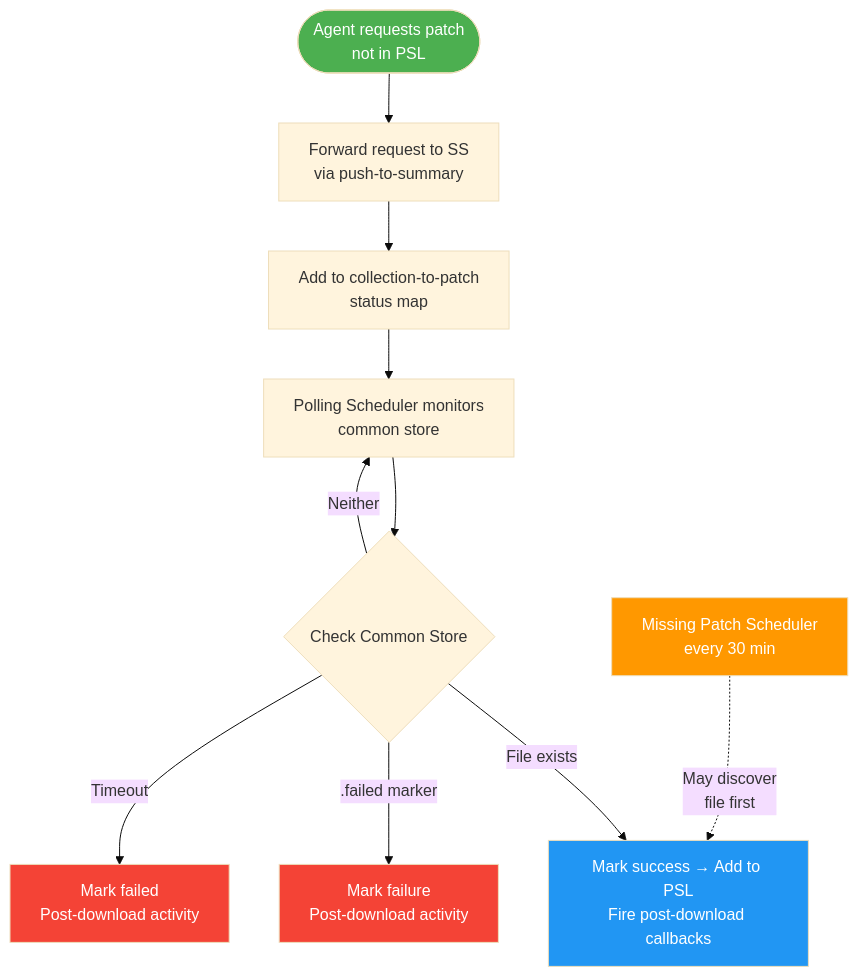
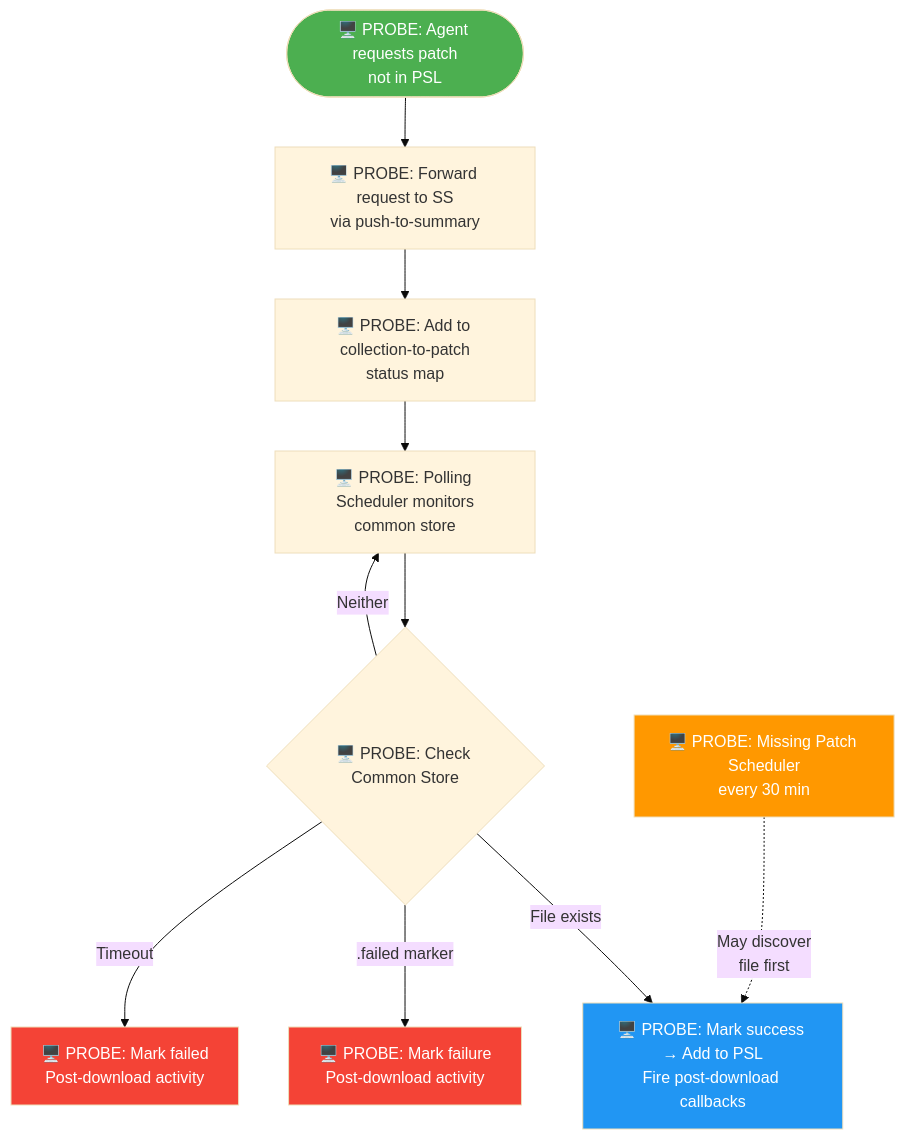
One commit to ranjithkumar-a-23525/RebaseEx changed the second of 29 diagrams in use-case-diagrams.md. Above: the diagram before and after it, drawn with Mermaid (base theme). The commit also changed other lines of this file, not shown here.

````diff
--- a/use-case-diagrams.md
+++ b/use-case-diagrams.md
@@ -38,19 +38,19 @@
 ```mermaid
 flowchart TD
-    A([Agent requests patch<br/>not in PSL]) --> B[Forward request to SS<br/>via push-to-summary]
-    B --> C[Add to collection-to-patch<br/>status map]
-    C --> D[Polling Scheduler monitors<br/>common store]
-    D --> E{Check Common Store}
-    E -->|File exists| F[Mark success → Add to PSL<br/>Fire post-download callbacks]
-    E -->|.failed marker| G[Mark failure<br/>Post-download activity]
-    E -->|Timeout| H[Mark failed<br/>Post-download activity]
+    A(["🖥️ PROBE: Agent requests patch<br/>not in PSL"]) --> B["🖥️ PROBE: Forward request to SS<br/>via push-to-summary"]
+    B --> C["🖥️ PROBE: Add to collection-to-patch<br/>status map"]
+    C --> D["🖥️ PROBE: Polling Scheduler monitors<br/>common store"]
+    D --> E{"🖥️ PROBE: Check Common Store"}
+    E -->|File exists| F["🖥️ PROBE: Mark success → Add to PSL<br/>Fire post-download callbacks"]
+    E -->|.failed marker| G["🖥️ PROBE: Mark failure<br/>Post-download activity"]
+    E -->|Timeout| H["🖥️ PROBE: Mark failed<br/>Post-download activity"]
     E -->|Neither| D
 
-    I[Missing Patch Scheduler<br/>every 30 min] -.->|May discover<br/>file first| F
+    I["🖥️ PROBE: Missing Patch Scheduler<br/>every 30 min"] -.->|May discover<br/>file first| F
 
     style A fill:#4CAF50,color:#fff
     style F fill:#2196F3,color:#fff
     style G fill:#f44336,color:#fff
     style H fill:#f44336,color:#fff
     style I fill:#FF9800,color:#fff
 ```
````
